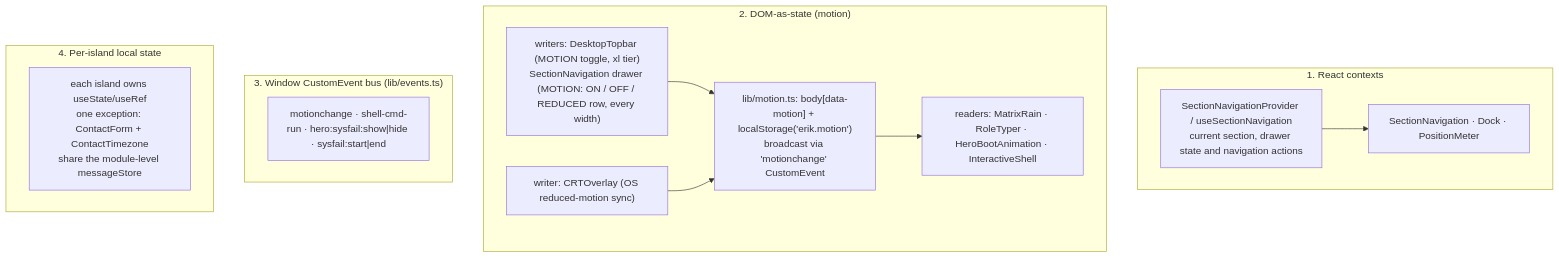
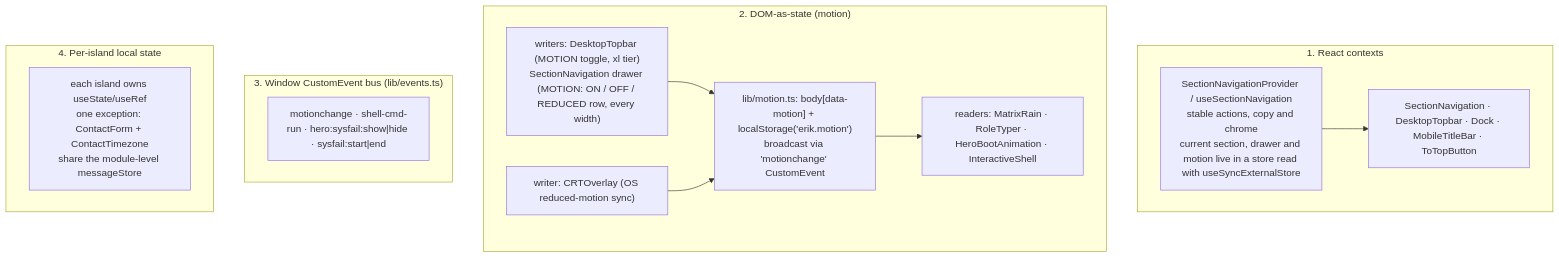
One commit to erikunha/portfolio changed the second of 2 diagrams in docs/04-components-and-state.md. Above: the diagram before and after it, drawn with Mermaid. The commit also changed other lines of this file and 17 other files, not shown here.

````diff
--- a/docs/04-components-and-state.md
+++ b/docs/04-components-and-state.md
@@ -109,19 +109,19 @@
 ```mermaid
 flowchart TD
     subgraph ctx["1. React contexts"]
-        navigation["SectionNavigationProvider / useSectionNavigation<br/>current section, drawer state and navigation actions"]
-        navigation --> consumers["SectionNavigation · Dock · PositionMeter"]
+        navigation["SectionNavigationProvider / useSectionNavigation<br/>stable actions, copy and chrome<br/>current section, drawer and motion live in a store read with useSyncExternalStore"]
+        navigation --> consumers["SectionNavigation · DesktopTopbar · Dock · MobileTitleBar · ToTopButton"]
     end
     subgraph dom["2. DOM-as-state (motion)"]
         motion["lib/motion.ts: body[data-motion] + localStorage('erik.motion')<br/>broadcast via 'motionchange' CustomEvent"]
         w1["writers: DesktopTopbar (MOTION toggle, xl tier)<br/>SectionNavigation drawer (MOTION: ON / OFF / REDUCED row, every width)"] --> motion
         w2["writer: CRTOverlay (OS reduced-motion sync)"] --> motion
         motion --> r1["readers: MatrixRain · RoleTyper · HeroBootAnimation · InteractiveShell"]
     end
     subgraph bus["3. Window CustomEvent bus (lib/events.ts)"]
         ev["motionchange · shell-cmd-run · hero:sysfail:show|hide · sysfail:start|end"]
     end
     subgraph local["4. Per-island local state"]
         li["each island owns useState/useRef<br/>one exception: ContactForm + ContactTimezone<br/>share the module-level messageStore"]
     end
 ```
````
